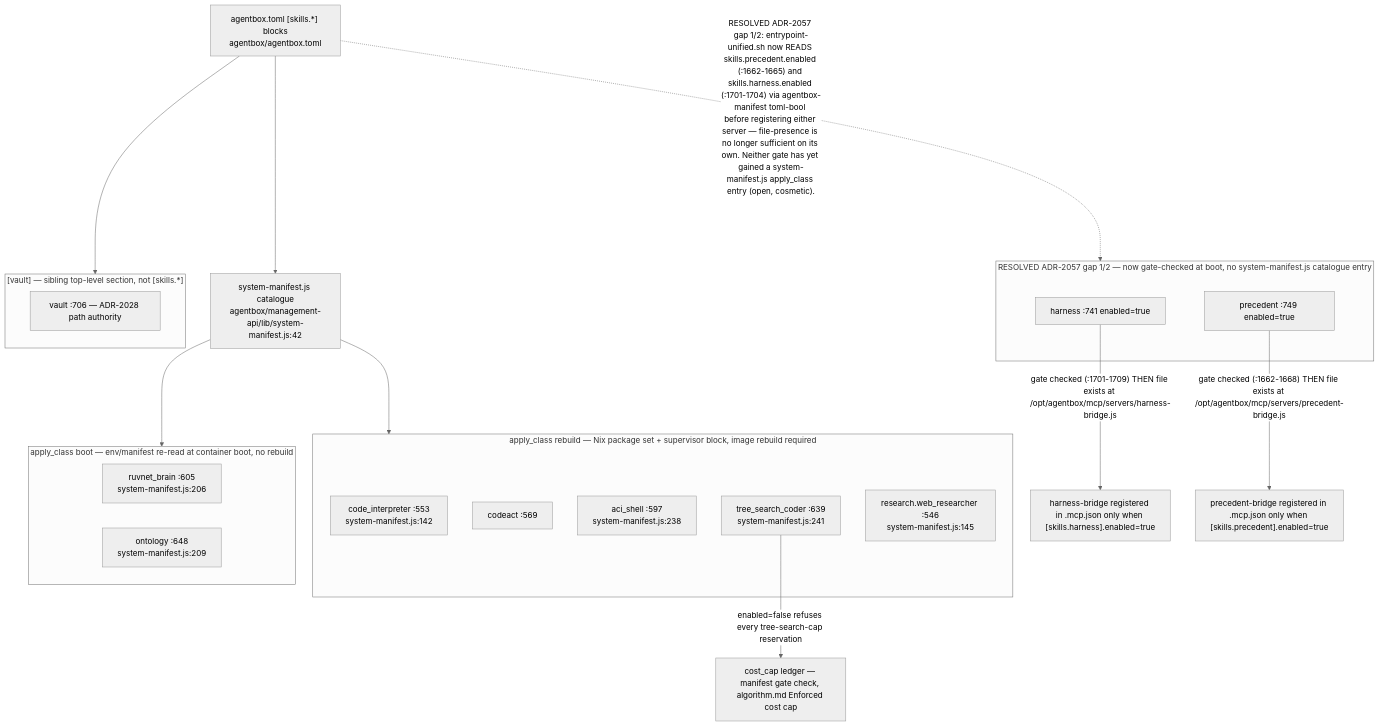
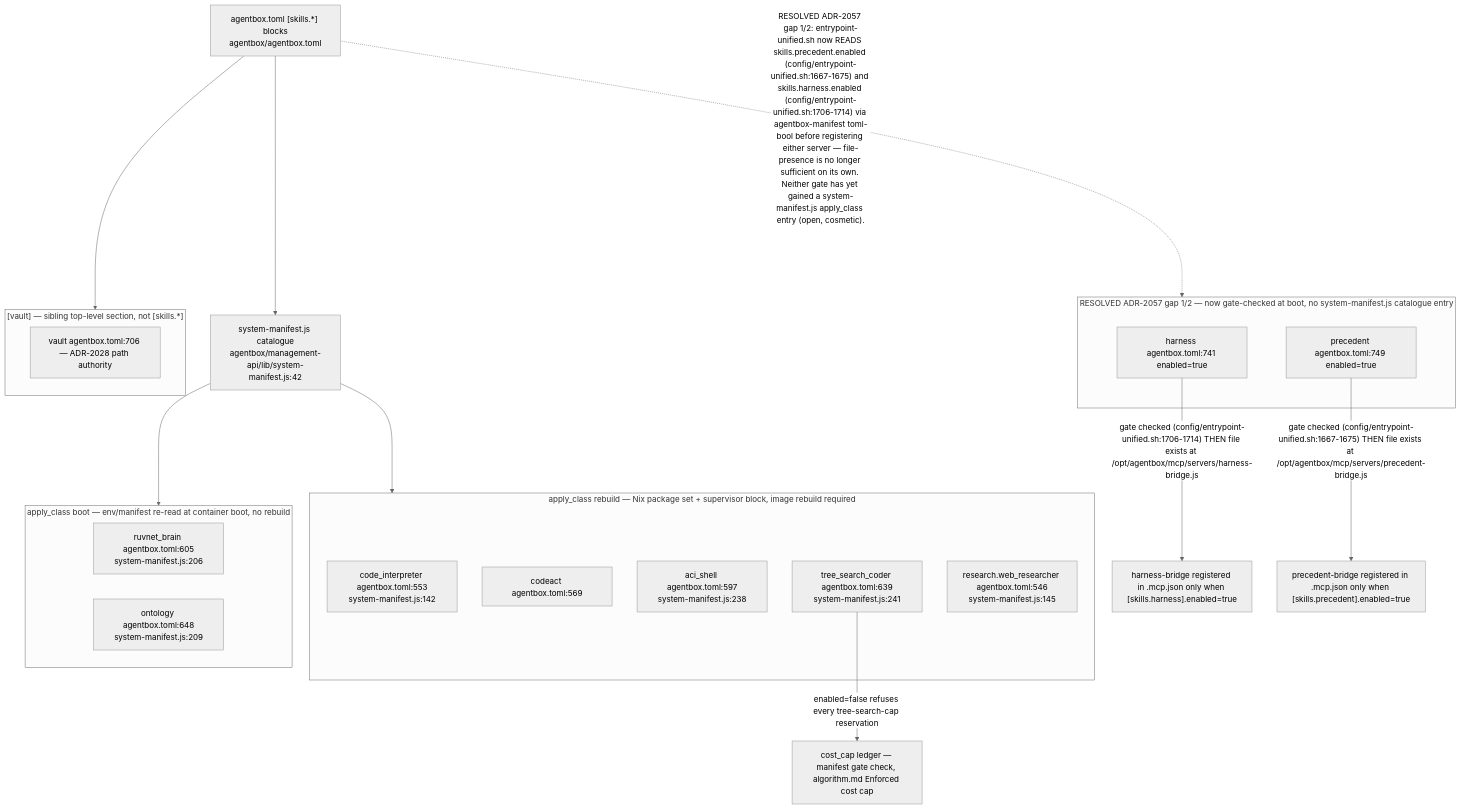
Before and after one commit to DreamLab-AI/VisionFlow: diagram 13 of 13 in docs/diagrams/agentbox/22-skills-and-routing.md, drawn with Mermaid (neutral theme). The commit also changed other lines of this file and 52 other files, not shown here.

First line of the commit message:
docs(diagrams): wave 3 checkpoint — bare line refs resolved, revision-pinned cite-check, VC-05/AB-01..13 re-attested

````diff
--- a/docs/diagrams/agentbox/22-skills-and-routing.md
+++ b/docs/diagrams/agentbox/22-skills-and-routing.md
@@ -433,35 +433,35 @@
 ```mermaid
 flowchart TB
     TOML["agentbox.toml [skills.*] blocks<br/>agentbox/agentbox.toml"]
     MANI["system-manifest.js catalogue<br/>agentbox/management-api/lib/system-manifest.js:42"]
 
     subgraph rebuild["apply_class rebuild — Nix package set + supervisor block, image rebuild required"]
-        CI2["code_interpreter :553<br/>system-manifest.js:142"]
-        CODEACT["codeact :569"]
-        ACI["aci_shell :597<br/>system-manifest.js:238"]
-        TSCB["tree_search_coder :639<br/>system-manifest.js:241"]
-        RES["research.web_researcher :546<br/>system-manifest.js:145"]
+        CI2["code_interpreter agentbox.toml:553<br/>system-manifest.js:142"]
+        CODEACT["codeact agentbox.toml:569"]
+        ACI["aci_shell agentbox.toml:597<br/>system-manifest.js:238"]
+        TSCB["tree_search_coder agentbox.toml:639<br/>system-manifest.js:241"]
+        RES["research.web_researcher agentbox.toml:546<br/>system-manifest.js:145"]
     end
     subgraph boot["apply_class boot — env/manifest re-read at container boot, no rebuild"]
-        RVB["ruvnet_brain :605<br/>system-manifest.js:206"]
-        ONT["ontology :648<br/>system-manifest.js:209"]
+        RVB["ruvnet_brain agentbox.toml:605<br/>system-manifest.js:206"]
+        ONT["ontology agentbox.toml:648<br/>system-manifest.js:209"]
     end
     subgraph gated["RESOLVED ADR-2057 gap 1/2 — now gate-checked at boot, no system-manifest.js catalogue entry"]
-        HARN["harness :741 enabled=true"]
-        PREC["precedent :749 enabled=true"]
+        HARN["harness agentbox.toml:741 enabled=true"]
+        PREC["precedent agentbox.toml:749 enabled=true"]
     end
     subgraph vault["[vault] — sibling top-level section, not [skills.*]"]
-        VLT["vault :706 — ADR-2028 path authority"]
+        VLT["vault agentbox.toml:706 — ADR-2028 path authority"]
     end
 
     TOML --> MANI
     MANI --> rebuild
     MANI --> boot
-    TOML -.->|"RESOLVED ADR-2057 gap 1/2: entrypoint-unified.sh now READS skills.precedent.enabled (:1662-1665) and skills.harness.enabled (:1701-1704) via agentbox-manifest toml-bool before registering either server — file-presence is no longer sufficient on its own. Neither gate has yet gained a system-manifest.js apply_class entry (open, cosmetic)."| gated
+    TOML -.->|"RESOLVED ADR-2057 gap 1/2: entrypoint-unified.sh now READS skills.precedent.enabled (config/entrypoint-unified.sh:1667-1675) and skills.harness.enabled (config/entrypoint-unified.sh:1706-1714) via agentbox-manifest toml-bool before registering either server — file-presence is no longer sufficient on its own. Neither gate has yet gained a system-manifest.js apply_class entry (open, cosmetic)."| gated
     TOML --> vault
 
-    HARN -->|"gate checked (:1701-1709) THEN file exists at /opt/agentbox/mcp/servers/harness-bridge.js"| REG2["harness-bridge registered in .mcp.json only when [skills.harness].enabled=true"]
-    PREC -->|"gate checked (:1662-1668) THEN file exists at /opt/agentbox/mcp/servers/precedent-bridge.js"| REG3["precedent-bridge registered in .mcp.json only when [skills.precedent].enabled=true"]
+    HARN -->|"gate checked (config/entrypoint-unified.sh:1706-1714) THEN file exists at /opt/agentbox/mcp/servers/harness-bridge.js"| REG2["harness-bridge registered in .mcp.json only when [skills.harness].enabled=true"]
+    PREC -->|"gate checked (config/entrypoint-unified.sh:1667-1675) THEN file exists at /opt/agentbox/mcp/servers/precedent-bridge.js"| REG3["precedent-bridge registered in .mcp.json only when [skills.precedent].enabled=true"]
 
     TSCB -->|"enabled=false refuses every tree-search-cap reservation"| CAPGATE["cost_cap ledger — manifest gate check, algorithm.md Enforced cost cap"]
 ```
````
